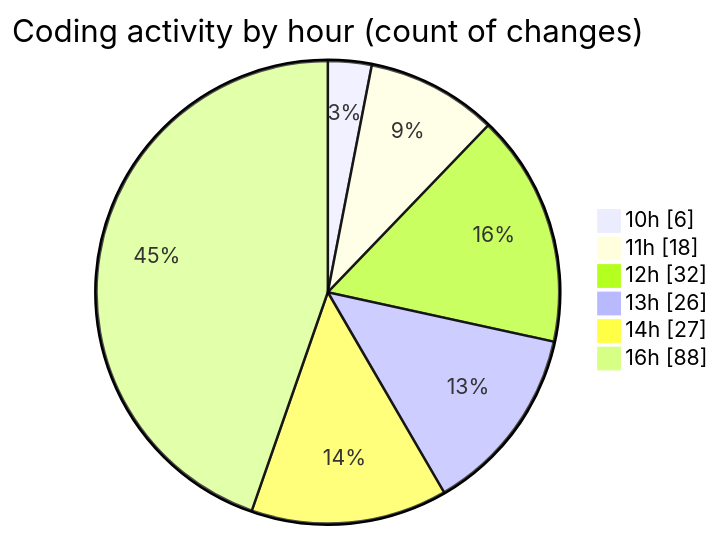
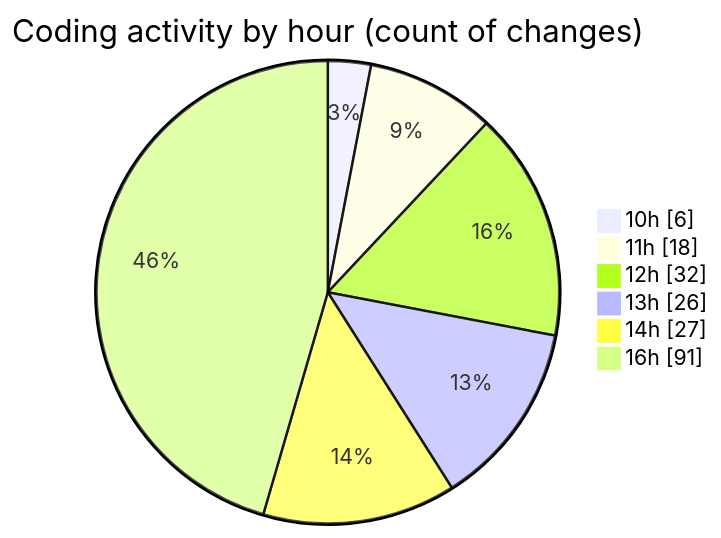
The second of 2 diagrams in 2026-09-03/cda/README.md (momahboobian/code-tracking), drawn with Mermaid before and after one commit. The commit also changed other lines of this file and 1 other file, not shown here.

````diff
--- a/2026-09-03/cda/README.md
+++ b/2026-09-03/cda/README.md
@@ -98,10 +98,10 @@
 ```mermaid
 pie showData
 title Coding activity by hour (count of changes)
 "10h" : 6
 "11h" : 18
 "12h" : 32
 "13h" : 26
 "14h" : 27
-"16h" : 88
+"16h" : 91
 ```
````
